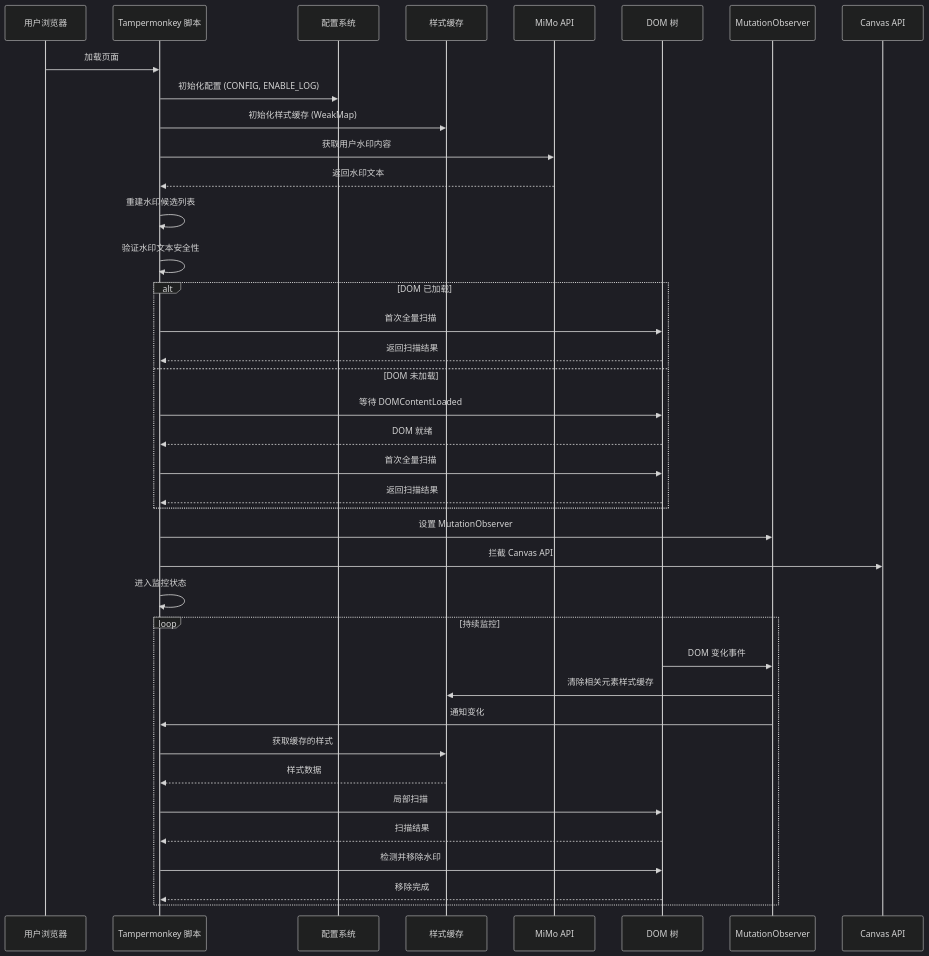
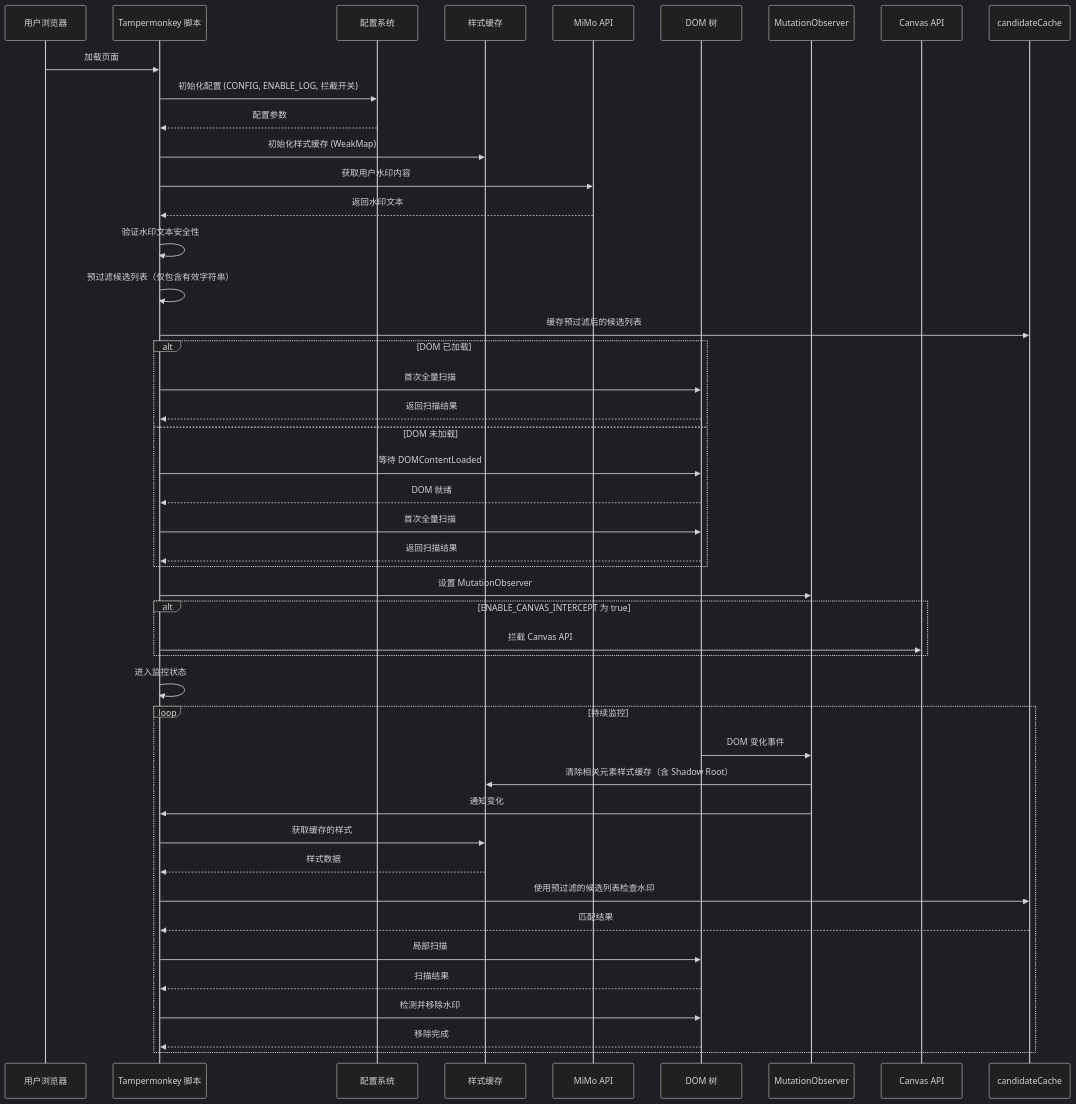
The first of 12 diagrams in doc/SEQUENCE_DIAGRAMS.md (wang93wei/Xiaomi-MiMo-Studio-Watermark-Remover), drawn with Mermaid (dark theme) before and after one commit. The commit also changed other lines of this file and 4 other files, not shown here.

````diff
--- a/doc/SEQUENCE_DIAGRAMS.md
+++ b/doc/SEQUENCE_DIAGRAMS.md
@@ -23,45 +32,53 @@
 ```mermaid
 sequenceDiagram
     participant User as 用户浏览器
     participant Script as Tampermonkey 脚本
     participant Config as 配置系统
     participant Cache as 样式缓存
     participant API as MiMo API
     participant DOM as DOM 树
     participant Observer as MutationObserver
     participant Canvas as Canvas API
 
     User->>Script: 加载页面
-    Script->>Config: 初始化配置 (CONFIG, ENABLE_LOG)
+    Script->>Config: 初始化配置 (CONFIG, ENABLE_LOG, 拦截开关)
+    Config-->>Script: 配置参数
     Script->>Cache: 初始化样式缓存 (WeakMap)
     Script->>API: 获取用户水印内容
     API-->>Script: 返回水印文本
-    Script->>Script: 重建水印候选列表
     Script->>Script: 验证水印文本安全性
+    Script->>Script: 预过滤候选列表（仅包含有效字符串）
+    Script->>candidateCache: 缓存预过滤后的候选列表
 
     alt DOM 已加载
         Script->>DOM: 首次全量扫描
         DOM-->>Script: 返回扫描结果
     else DOM 未加载
         Script->>DOM: 等待 DOMContentLoaded
         DOM-->>Script: DOM 就绪
         Script->>DOM: 首次全量扫描
         DOM-->>Script: 返回扫描结果
     end
 
     Script->>Observer: 设置 MutationObserver
-    Script->>Canvas: 拦截 Canvas API
+
+    alt ENABLE_CANVAS_INTERCEPT 为 true
+        Script->>Canvas: 拦截 Canvas API
+    end
+
     Script->>Script: 进入监控状态
 
     loop 持续监控
         DOM->>Observer: DOM 变化事件
-        Observer->>Cache: 清除相关元素样式缓存
+        Observer->>Cache: 清除相关元素样式缓存（含 Shadow Root）
         Observer->>Script: 通知变化
         Script->>Cache: 获取缓存的样式
         Cache-->>Script: 样式数据
+        Script->>candidateCache: 使用预过滤的候选列表检查水印
+        candidateCache-->>Script: 匹配结果
         Script->>DOM: 局部扫描
         DOM-->>Script: 扫描结果
         Script->>DOM: 检测并移除水印
         DOM-->>Script: 移除完成
     end
 ```
````
